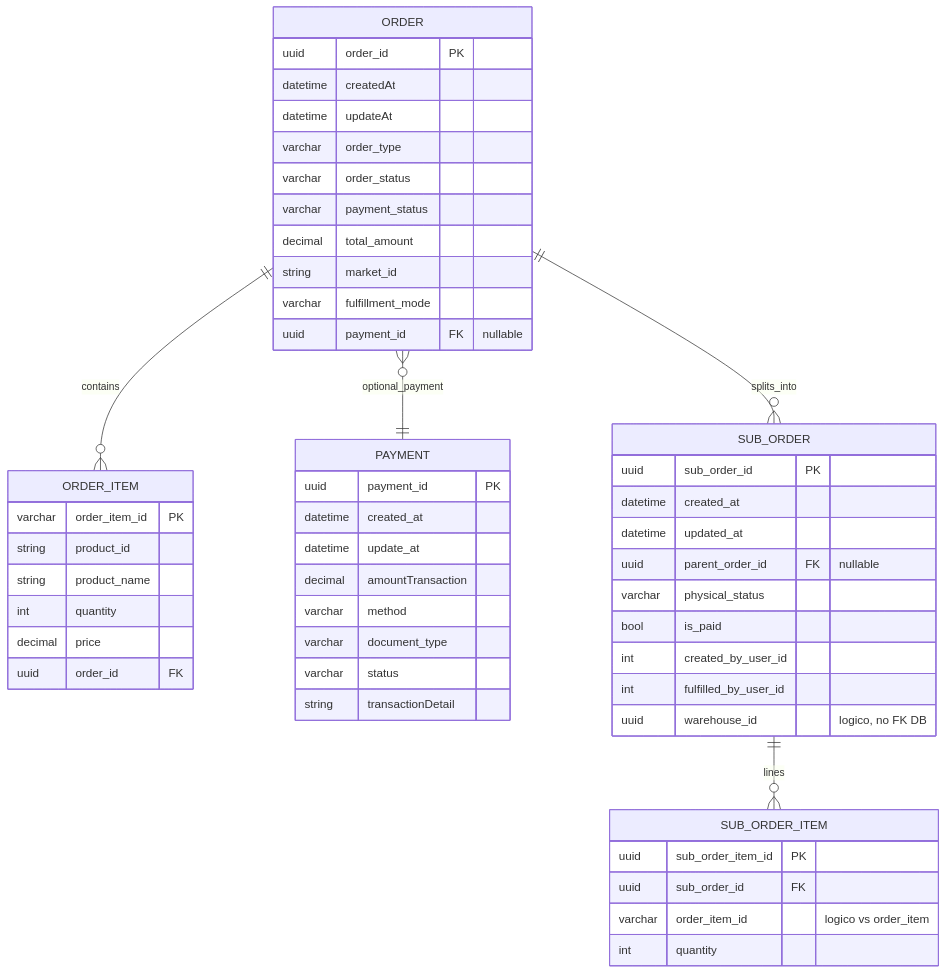
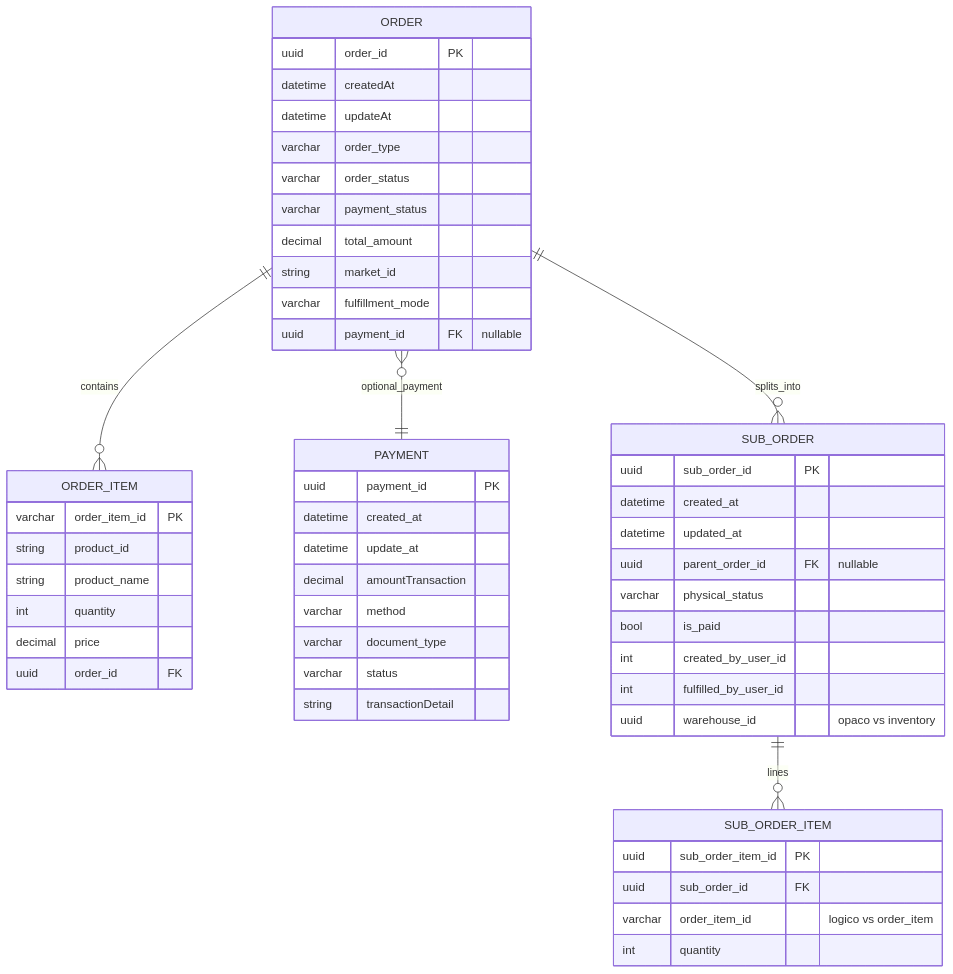
One commit to livro1992/retail-system changed the third of 3 diagrams in docs/database-er-diagrams.md. Above: the diagram before and after it, drawn with Mermaid. The commit also changed other lines of this file and 29 other files, not shown here.

````diff
--- a/docs/database-er-diagrams.md
+++ b/docs/database-er-diagrams.md
@@ -90,55 +107,55 @@
 ```mermaid
 erDiagram
     ORDER {
         uuid order_id PK
         datetime createdAt
         datetime updateAt
         varchar order_type
         varchar order_status
         varchar payment_status
         decimal total_amount
         string market_id
         varchar fulfillment_mode
         uuid payment_id FK "nullable"
     }
     ORDER_ITEM {
         varchar order_item_id PK
         string product_id
         string product_name
         int quantity
         decimal price
         uuid order_id FK
     }
     PAYMENT {
         uuid payment_id PK
         datetime created_at
         datetime update_at
         decimal amountTransaction
         varchar method
         varchar document_type
         varchar status
         string transactionDetail
     }
     SUB_ORDER {
         uuid sub_order_id PK
         datetime created_at
         datetime updated_at
         uuid parent_order_id FK "nullable"
         varchar physical_status
         bool is_paid
         int created_by_user_id
         int fulfilled_by_user_id
-        uuid warehouse_id "logico, no FK DB"
+        uuid warehouse_id "opaco vs inventory"
     }
     SUB_ORDER_ITEM {
         uuid sub_order_item_id PK
         uuid sub_order_id FK
         varchar order_item_id "logico vs order_item"
         int quantity
     }
 
     ORDER ||--o{ ORDER_ITEM : contains
     ORDER ||--o{ SUB_ORDER : splits_into
     ORDER }o--|| PAYMENT : optional_payment
     SUB_ORDER ||--o{ SUB_ORDER_ITEM : lines
 ```
````
